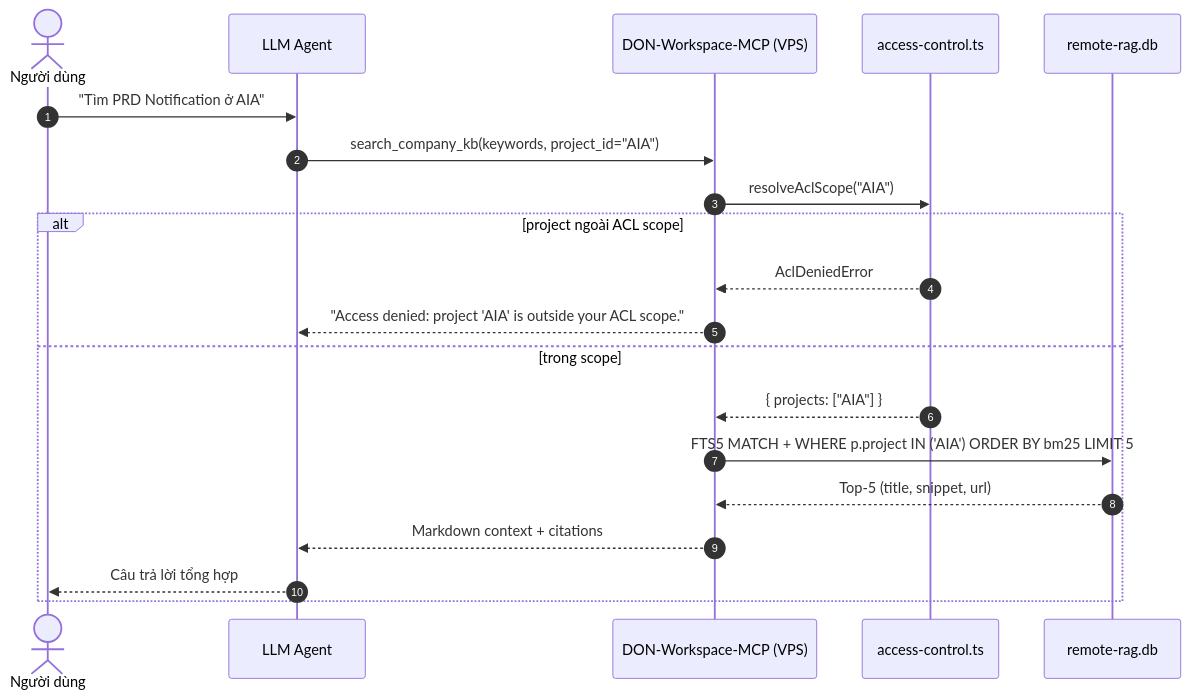
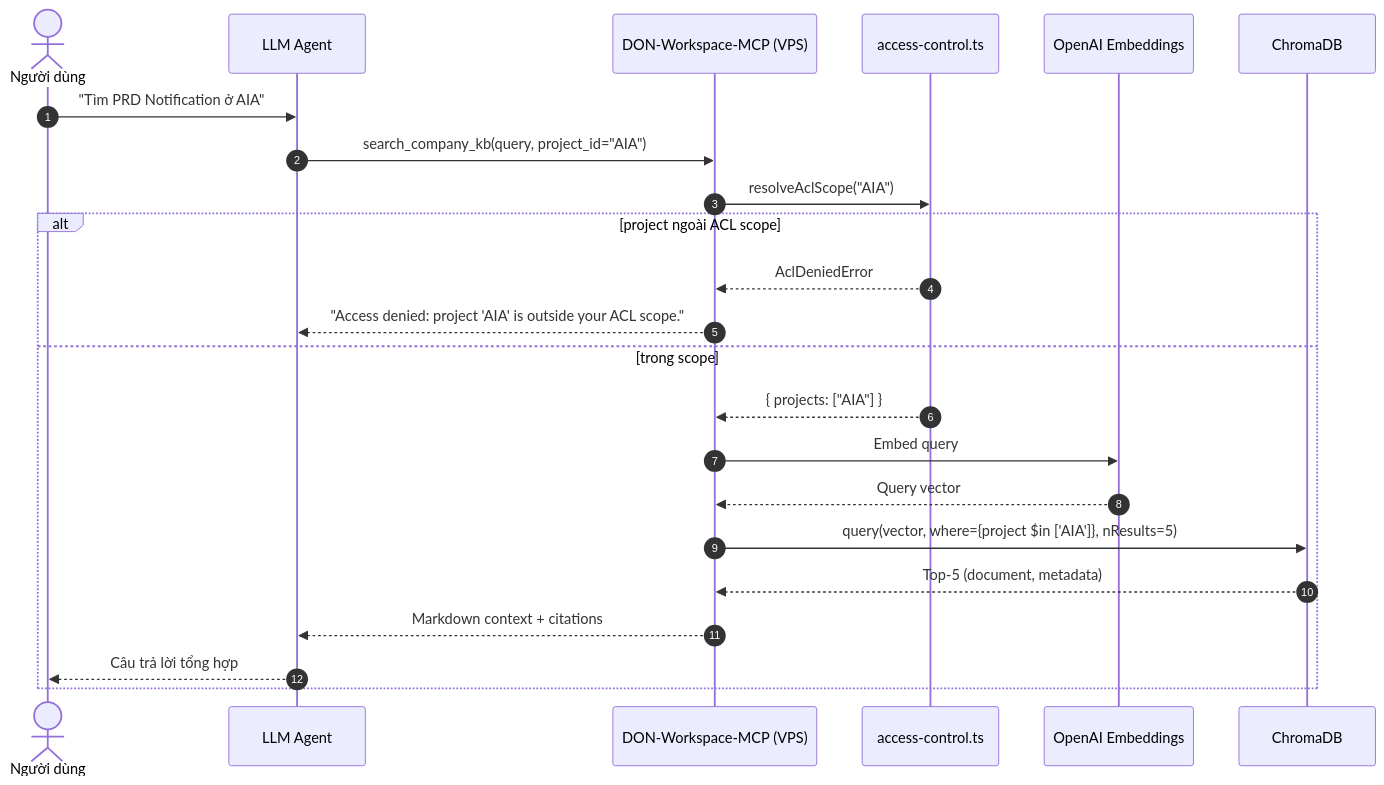
The fourth of 4 diagrams in docs/system-architecture.md (cachep-xidau/MCP-server), drawn with Mermaid before and after one commit. The commit also changed other lines of this file and 6 other files, not shown here.

First line of the commit message:
feat: add semantic KB search via OpenAI embeddings + ChromaDB

````diff
--- a/docs/system-architecture.md
+++ b/docs/system-architecture.md
@@ -95,23 +104,26 @@
 ```mermaid
 sequenceDiagram
     autonumber
     actor User as Người dùng
     participant AI as LLM Agent
     participant MCP as DON-Workspace-MCP (VPS)
     participant ACL as access-control.ts
-    participant DB as remote-rag.db
+    participant OpenAI as OpenAI Embeddings
+    participant Chroma as ChromaDB
 
     User->>AI: "Tìm PRD Notification ở AIA"
-    AI->>MCP: search_company_kb(keywords, project_id="AIA")
+    AI->>MCP: search_company_kb(query, project_id="AIA")
     MCP->>ACL: resolveAclScope("AIA")
     alt project ngoài ACL scope
         ACL-->>MCP: AclDeniedError
         MCP-->>AI: "Access denied: project 'AIA' is outside your ACL scope."
     else trong scope
         ACL-->>MCP: { projects: ["AIA"] }
-        MCP->>DB: FTS5 MATCH + WHERE p.project IN ('AIA') ORDER BY bm25 LIMIT 5
-        DB-->>MCP: Top-5 (title, snippet, url)
+        MCP->>OpenAI: Embed query
+        OpenAI-->>MCP: Query vector
+        MCP->>Chroma: query(vector, where={project $in ['AIA']}, nResults=5)
+        Chroma-->>MCP: Top-5 (document, metadata)
         MCP-->>AI: Markdown context + citations
         AI-->>User: Câu trả lời tổng hợp
     end
 ```
````
